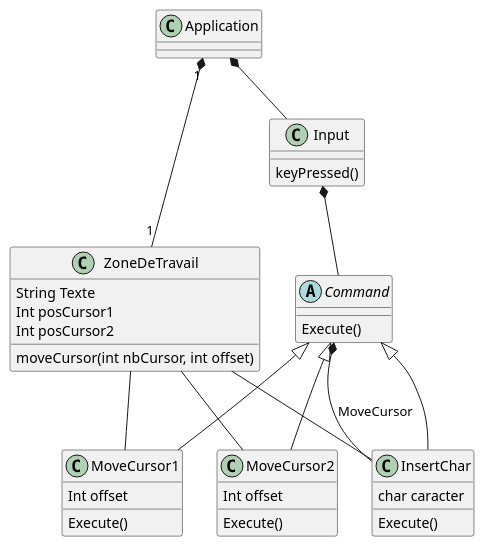
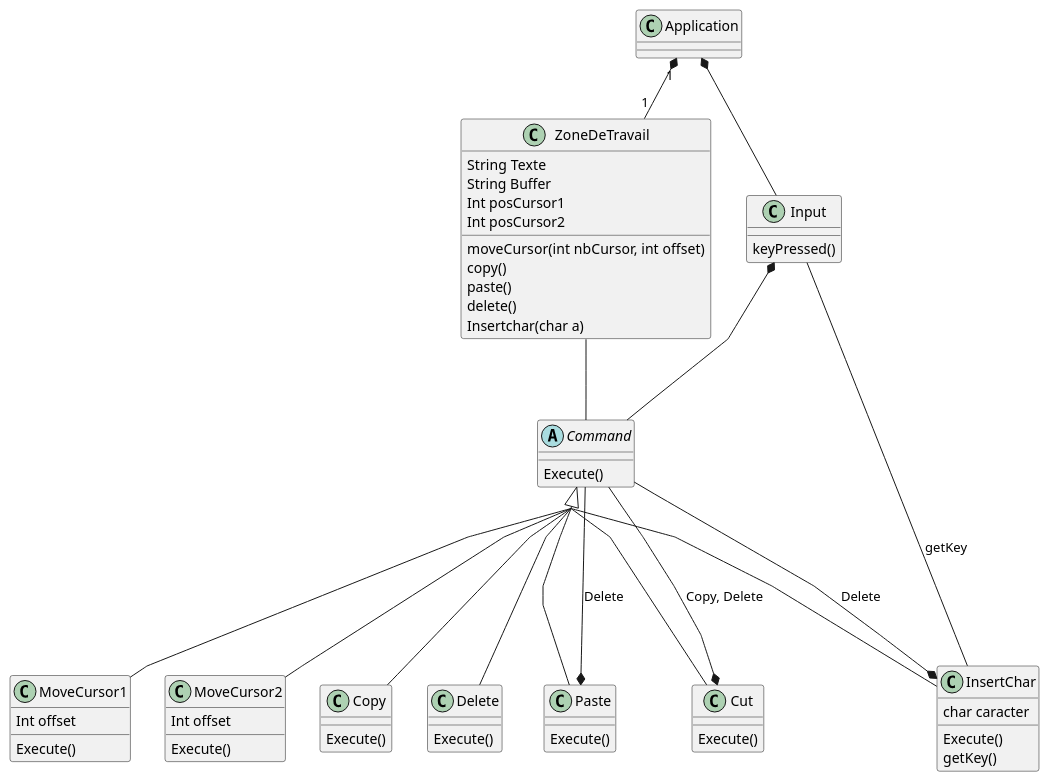
The diagram in OMD/TP2/class.wsd (Emeraudia/ESIR2_Dracer), drawn with PlantUML before and after one commit. The commit also changed 2 other files, not shown here.

Commit message:
OMD TP2 CLASS DIAGRAM V1

```diff
--- a/OMD/TP2/class.wsd
+++ b/OMD/TP2/class.wsd
@@ -1,50 +1,81 @@
 @startuml
+skinparam groupInheritance 4
+skinparam Linetype polyline
+
 
 class Application {
  
 }
 
 class ZoneDeTravail {
     String Texte
+    String Buffer
     Int posCursor1
     Int posCursor2
 
     moveCursor(int nbCursor, int offset)
+    copy()
+    paste()
+    delete()
+    Insertchar(char a)
 }
 
 class Input {
     keyPressed()
 }
 
 abstract Command {
     Execute()
 }
 
 class MoveCursor1 {
     Int offset
     Execute()
 }
 class MoveCursor2 {
     Int offset
     Execute()
 }
 
+class Copy {
+    Execute()
+}
+
+class Delete{
+    Execute()
+}
+
+class Paste {
+    Execute()
+}
+
+class Cut {
+    Execute()
+}
+
 class InsertChar {
     char caracter
     Execute()
+    getKey()
 }
 
 Application "1" *-- "1" ZoneDeTravail
 Application *-- Input
 Input *-- Command
+ZoneDeTravail -- Command
 
-Command <|-- MoveCursor1
-Command <|-- MoveCursor2
-Command <|-- InsertChar
+Command <|--- MoveCursor1
+Command <|--- MoveCursor2
+Command <|--- Delete
+Command <|--- Copy
 
-ZoneDeTravail -- MoveCursor1
-ZoneDeTravail -- MoveCursor2
-ZoneDeTravail -- InsertChar
+Command <|--- Paste
+Command <|--- Cut
+Command <|--- InsertChar
 
-Command *-- InsertChar : MoveCursor
+Command --* Cut : Copy, Delete
+Command --* InsertChar : Delete
+Command --* Paste : Delete
+Input -- InsertChar : getKey
+
 @enduml
```
